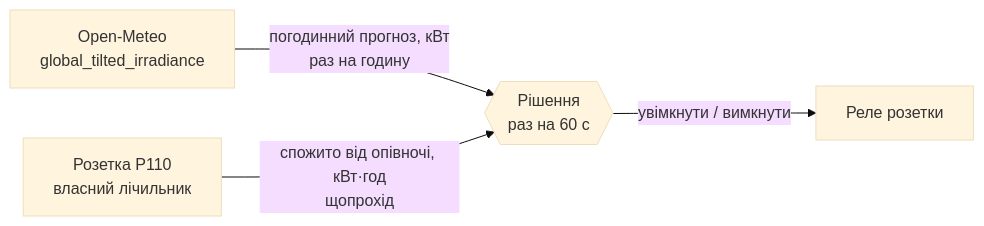
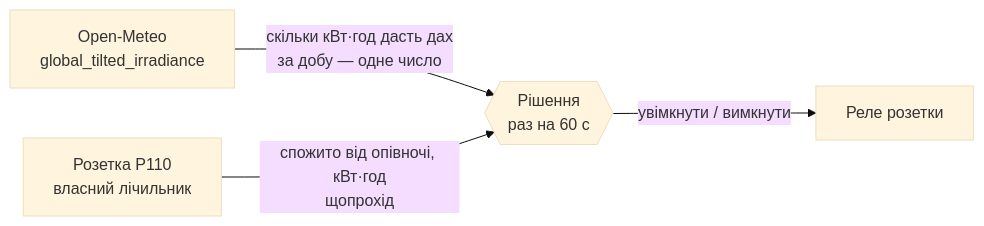
One commit to tochytskyi/smart-solar-energy changed the first of 7 diagrams in docs/algorithm.md. Above: the diagram before and after it, drawn with Mermaid (base theme). The commit also changed other lines of this file and 19 other files, not shown here.

````diff
--- a/docs/algorithm.md
+++ b/docs/algorithm.md
@@ -14,11 +15,11 @@
 ```mermaid
 flowchart LR
     OM["Open-Meteo<br/>global_tilted_irradiance"]
     P110["Розетка P110<br/>власний лічильник"]
 
-    OM -->|"погодинний прогноз, кВт<br/>раз на годину"| CORE
+    OM -->|"скільки кВт·год дасть дах<br/>за добу — одне число"| CORE
     P110 -->|"спожито від опівночі, кВт·год<br/>щопрохід"| CORE
 
     CORE{{"Рішення<br/>раз на 60 с"}}
     CORE -->|"увімкнути / вимкнути"| RELAY["Реле розетки"]
 ```
````
